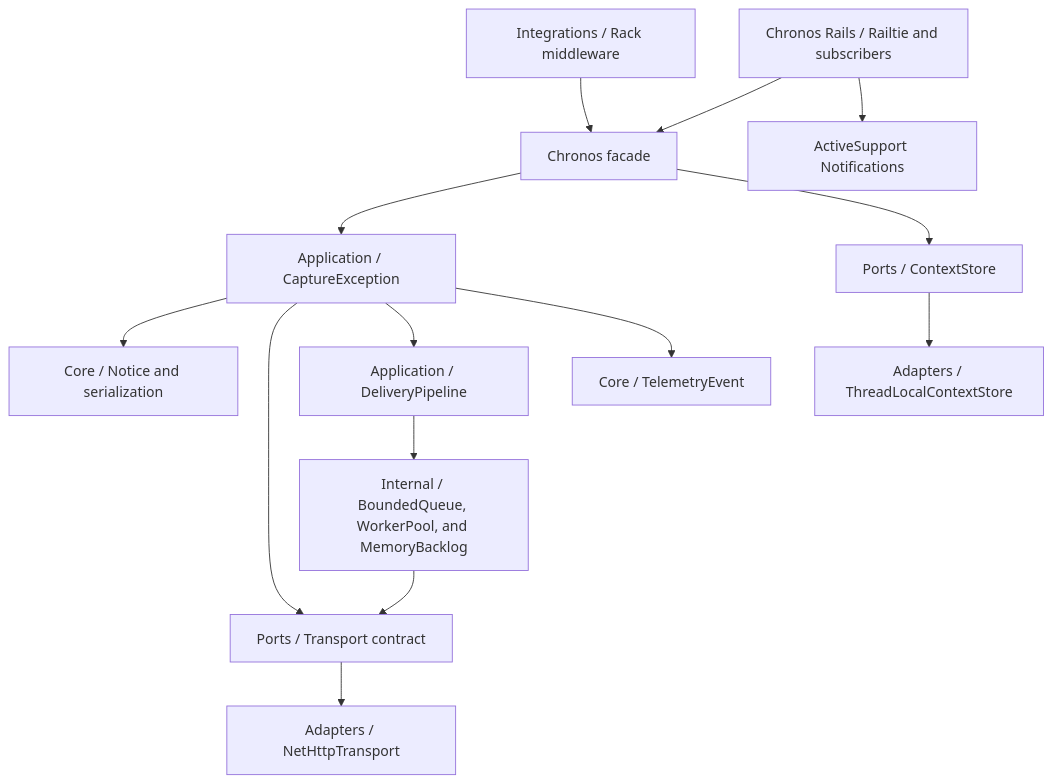
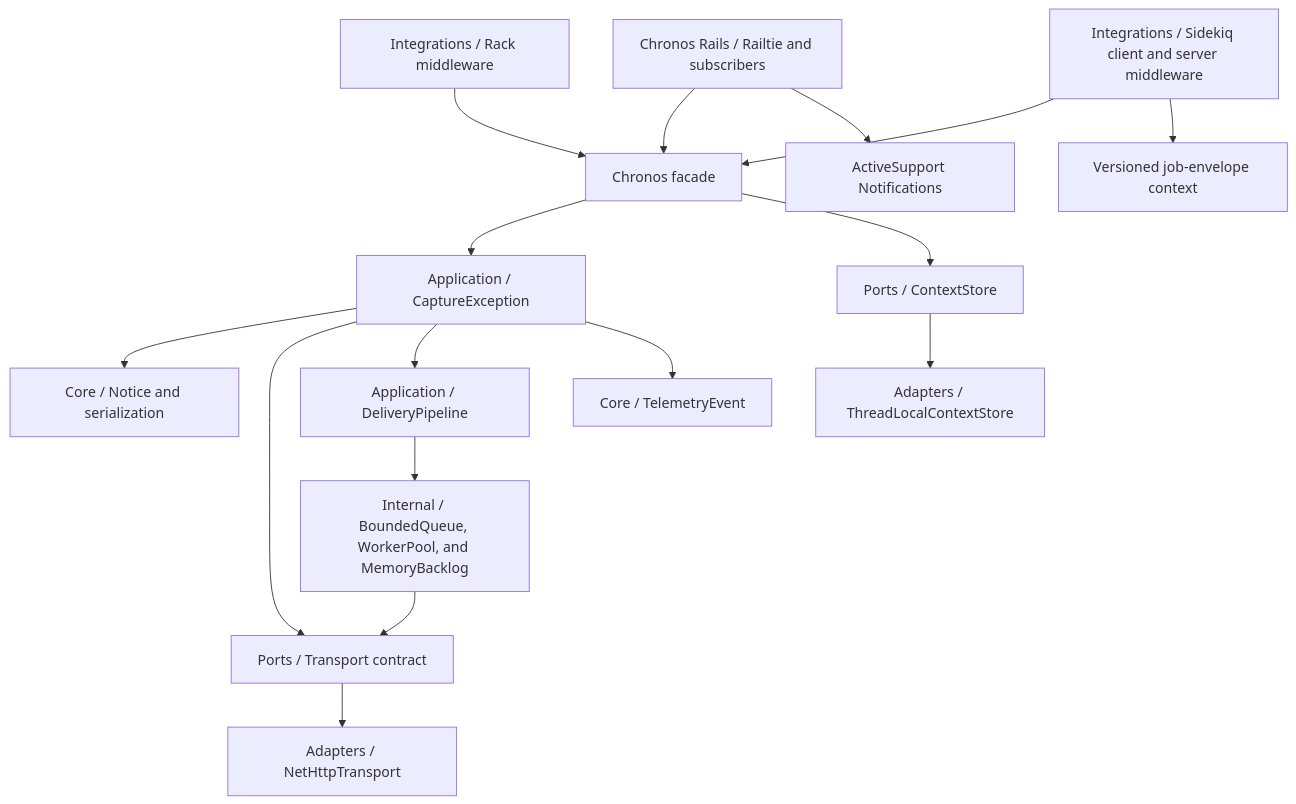
One commit to antoniojefferson/chronos-ruby changed the diagram in docs/architecture.md. Above: the diagram before and after it, drawn with Mermaid. The commit also changed other lines of this file and 29 other files, not shown here.

````diff
--- a/docs/architecture.md
+++ b/docs/architecture.md
@@ -5,16 +5,18 @@
 ```mermaid
 flowchart TB
   Facade[Chronos facade] --> Application[Application / CaptureException]
   Application --> Core[Core / Notice and serialization]
   Application --> Ports[Ports / Transport contract]
   Ports --> Adapter[Adapters / NetHttpTransport]
   Application --> Delivery[Application / DeliveryPipeline]
   Delivery --> Internal[Internal / BoundedQueue, WorkerPool, and MemoryBacklog]
   Internal --> Ports
   Rack[Integrations / Rack middleware] --> Facade
   Facade --> Context[Ports / ContextStore]
   Context --> ThreadLocal[Adapters / ThreadLocalContextStore]
   Rails[Chronos Rails / Railtie and subscribers] --> Facade
   Rails --> Notifications[ActiveSupport Notifications]
+  Sidekiq[Integrations / Sidekiq client and server middleware] --> Facade
+  Sidekiq --> Envelope[Versioned job-envelope context]
   Application --> Telemetry[Core / TelemetryEvent]
 ```
````
